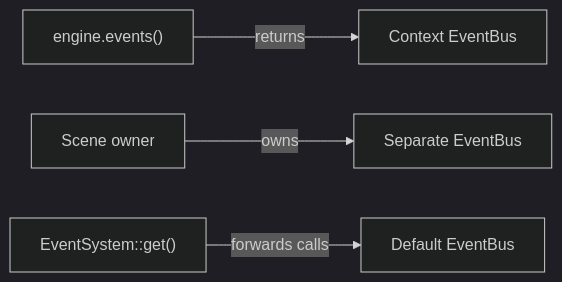
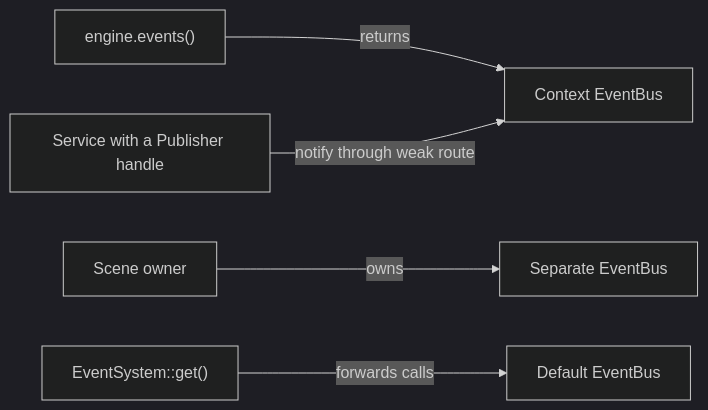
Before and after one commit to cppcooper/cheryl-engine: the first of 3 diagrams in docs/site/getting-started/create-a/event.md, drawn with Mermaid (dark theme). The commit also changed other lines of this file and 9 other files, not shown here.

````diff
--- a/docs/site/getting-started/create-a/event.md
+++ b/docs/site/getting-started/create-a/event.md
@@ -23,8 +23,9 @@
 ```mermaid
 flowchart LR
     accTitle: Choosing an event bus
-    accDescr: Context access returns its bus, a scene can own a separate bus, and EventSystem forwards calls to its default bus. These are independent registries.
+    accDescr: Context access returns its bus, a scene can own a separate bus, and EventSystem forwards calls to its default bus. A service can keep a weak Publisher route to the Context bus. These buses have independent registries.
     context["engine.events()"] -->|returns| context_bus["Context EventBus"]
+    service["Service with a Publisher handle"] -->|"notify through weak route"| context_bus
     scene["Scene owner"] -->|owns| scene_bus["Separate EventBus"]
     system["EventSystem::get()"] -->|forwards calls| default_bus["Default EventBus"]
 ```
````
